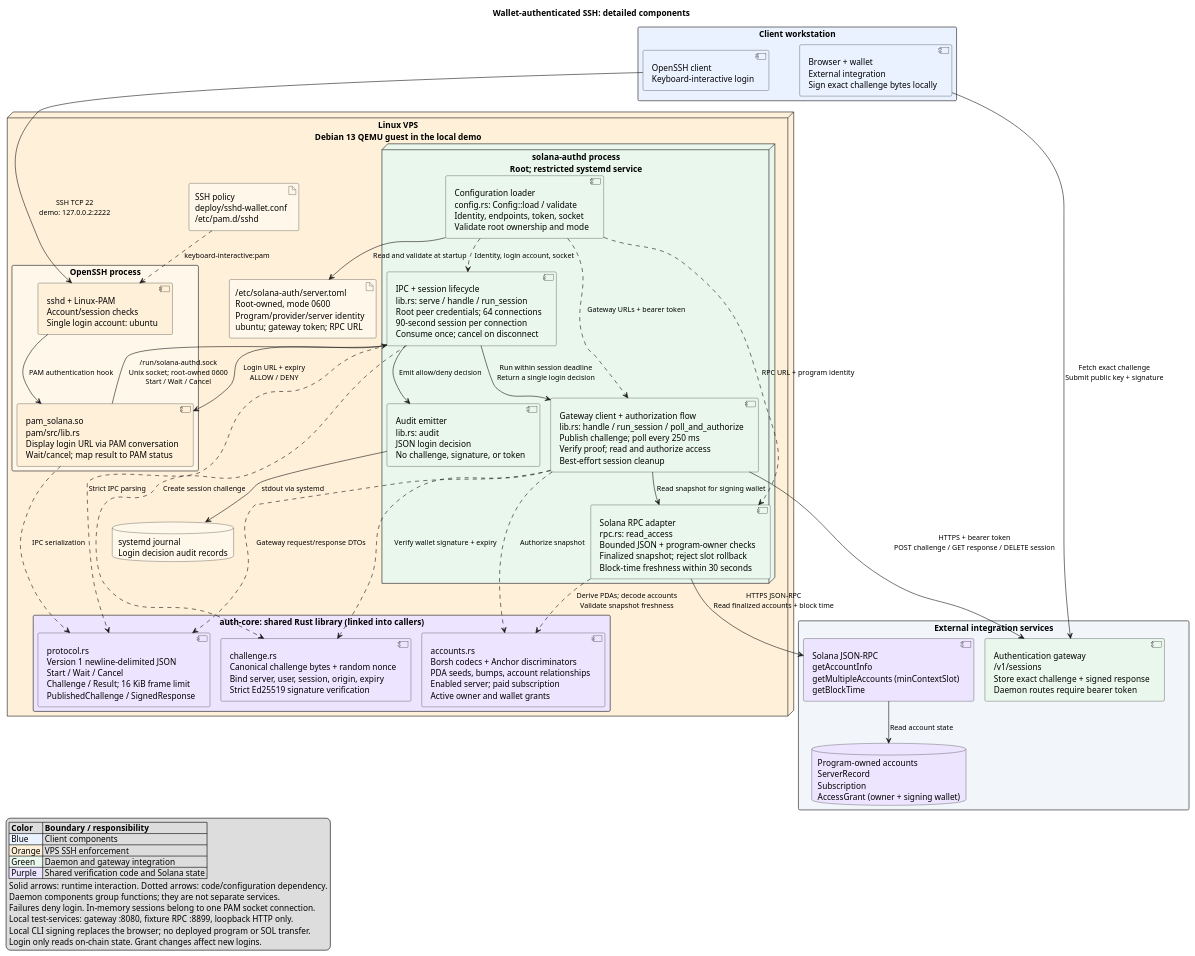
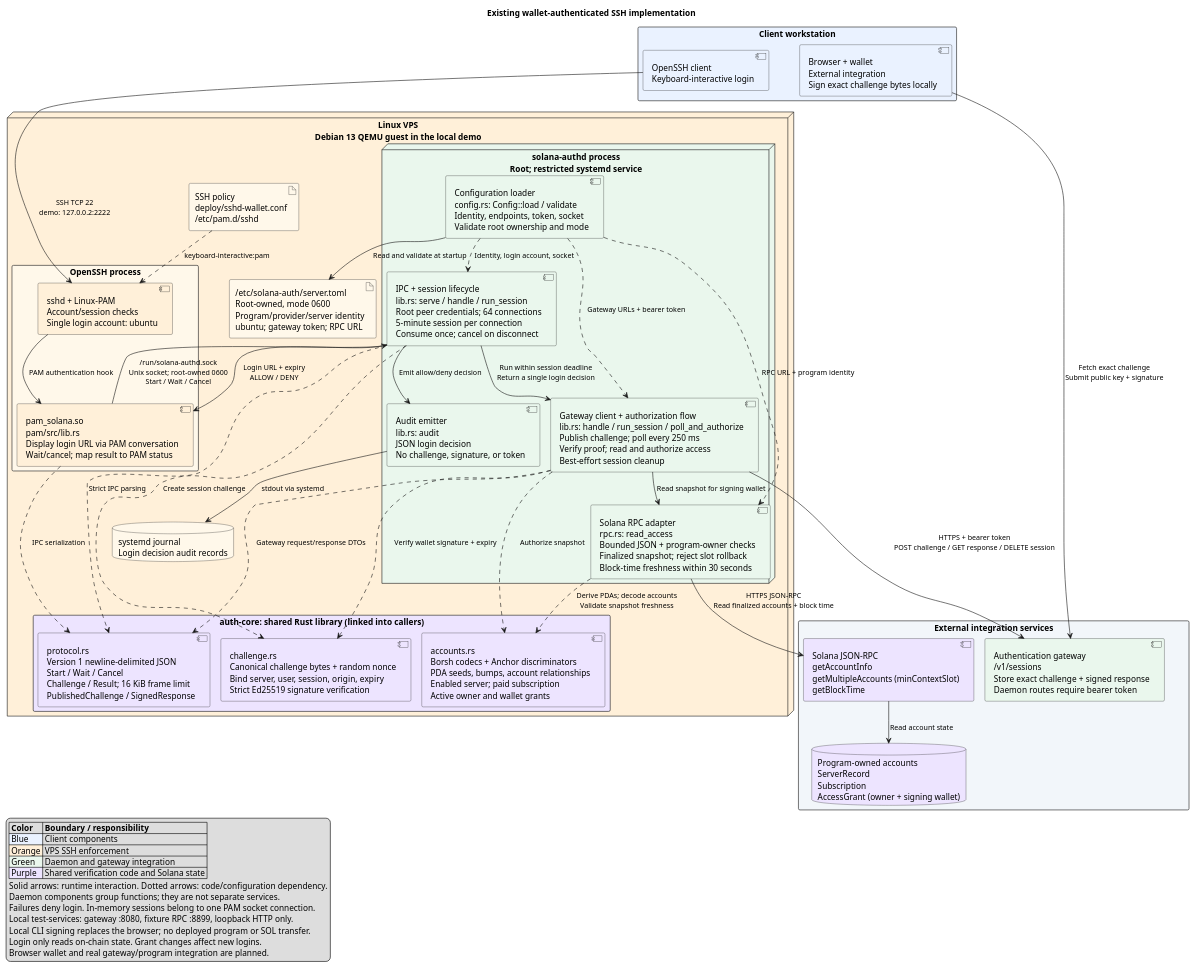
Before and after one commit to Tarat0r/solana-vps-platform: the diagram in docs/diagrams/ssh-components.puml, drawn with PlantUML. The commit also changed 20 other files, not shown here.

Commit message:
docs: describe the reduced architecture and implemented components

```diff
--- a/docs/diagrams/ssh-components.puml
+++ b/docs/diagrams/ssh-components.puml
@@ -1,92 +1,93 @@
 @startuml
 !pragma layout smetana
-title Wallet-authenticated SSH: detailed components
+title Existing wallet-authenticated SSH implementation
 top to bottom direction
 skinparam componentStyle uml2
 skinparam shadowing false
 skinparam defaultFontName SansSerif
 skinparam defaultFontSize 14
 skinparam ArrowFontSize 12
 skinparam nodesep 45
 skinparam ranksep 55
 skinparam packageStyle rectangle
 
 package "Client workstation" as Workstation #EAF2FF {
   component "OpenSSH client\nKeyboard-interactive login" as Client #EAF2FF
   component "Browser + wallet\nExternal integration\nSign exact challenge bytes locally" as Wallet #EAF2FF
 }
 
 node "Linux VPS\nDebian 13 QEMU guest in the local demo" as VPS #FFF0D9 {
   artifact "SSH policy\ndeploy/sshd-wallet.conf\n/etc/pam.d/sshd" as SSHPolicy #FFF8EA
 
   package "OpenSSH process" #FFF8EA {
     component "sshd + Linux-PAM\nAccount/session checks\nSingle login account: ubuntu" as SSHD #FFF0D9
     component "pam_solana.so\npam/src/lib.rs\nDisplay login URL via PAM conversation\nWait/cancel; map result to PAM status" as PAM #FFF0D9
   }
 
   node "solana-authd process\nRoot; restricted systemd service" as Daemon #EAF7ED {
-    component "IPC + session lifecycle\nlib.rs: serve / handle / run_session\nRoot peer credentials; 64 connections\n90-second session per connection\nConsume once; cancel on disconnect" as Sessions #EAF7ED
+    component "IPC + session lifecycle\nlib.rs: serve / handle / run_session\nRoot peer credentials; 64 connections\n5-minute session per connection\nConsume once; cancel on disconnect" as Sessions #EAF7ED
     component "Gateway client + authorization flow\nlib.rs: handle / run_session / poll_and_authorize\nPublish challenge; poll every 250 ms\nVerify proof; read and authorize access\nBest-effort session cleanup" as GatewayClient #EAF7ED
     component "Solana RPC adapter\nrpc.rs: read_access\nBounded JSON + program-owner checks\nFinalized snapshot; reject slot rollback\nBlock-time freshness within 30 seconds" as RPCAdapter #EAF7ED
     component "Configuration loader\nconfig.rs: Config::load / validate\nIdentity, endpoints, token, socket\nValidate root ownership and mode" as Config #EAF7ED
     component "Audit emitter\nlib.rs: audit\nJSON login decision\nNo challenge, signature, or token" as Audit #EAF7ED
   }
 
   package "auth-core: shared Rust library (linked into callers)" #EDE4FF {
     component "protocol.rs\nVersion 1 newline-delimited JSON\nStart / Wait / Cancel\nChallenge / Result; 16 KiB frame limit\nPublishedChallenge / SignedResponse" as Protocol #EDE4FF
     component "challenge.rs\nCanonical challenge bytes + random nonce\nBind server, user, session, origin, expiry\nStrict Ed25519 signature verification" as Challenge #EDE4FF
     component "accounts.rs\nBorsh codecs + Anchor discriminators\nPDA seeds, bumps, account relationships\nEnabled server; paid subscription\nActive owner and wallet grants" as Access #EDE4FF
   }
 
   artifact "/etc/solana-auth/server.toml\nRoot-owned, mode 0600\nProgram/provider/server identity\nubuntu; gateway token; RPC URL" as ServerConfig #FFF8EA
   database "systemd journal\nLogin decision audit records" as Journal #FFF8EA
 }
 
 package "External integration services" as External #F2F6FA {
   component "Authentication gateway\n/v1/sessions\nStore exact challenge + signed response\nDaemon routes require bearer token" as Gateway #EAF7ED
   component "Solana JSON-RPC\ngetAccountInfo\ngetMultipleAccounts (minContextSlot)\ngetBlockTime" as RPC #EDE4FF
   database "Program-owned accounts\nServerRecord\nSubscription\nAccessGrant (owner + signing wallet)" as Chain #EDE4FF
 }
 
 Workstation -[hidden]down-> VPS
 VPS -[hidden]down-> External
 
 Client --> SSHD : SSH TCP 22\ndemo: 127.0.0.2:2222
 SSHD --> PAM : PAM authentication hook
 SSHPolicy ..> SSHD : keyboard-interactive:pam
 PAM --> Sessions : /run/solana-authd.sock\nUnix socket; root-owned 0600\nStart / Wait / Cancel
 Sessions --> PAM : Login URL + expiry\nALLOW / DENY
 PAM ..> Protocol : IPC serialization
 Sessions ..> Protocol : Strict IPC parsing
 Sessions ..> Challenge : Create session challenge
 Sessions --> GatewayClient : Run within session deadline\nReturn a single login decision
 GatewayClient ..> Protocol : Gateway request/response DTOs
 GatewayClient ..> Challenge : Verify wallet signature + expiry
 GatewayClient --> RPCAdapter : Read snapshot for signing wallet
 GatewayClient ..> Access : Authorize snapshot
 RPCAdapter ..> Access : Derive PDAs; decode accounts\nValidate snapshot freshness
 Config --> ServerConfig : Read and validate at startup
 Config ..> Sessions : Identity, login account, socket
 Config ..> GatewayClient : Gateway URLs + bearer token
 Config ..> RPCAdapter : RPC URL + program identity
 Sessions --> Audit : Emit allow/deny decision
 Audit --> Journal : stdout via systemd
 GatewayClient --> Gateway : HTTPS + bearer token\nPOST challenge / GET response / DELETE session
 Wallet --> Gateway : Fetch exact challenge\nSubmit public key + signature
 RPCAdapter --> RPC : HTTPS JSON-RPC\nRead finalized accounts + block time
 RPC --> Chain : Read account state
 
 legend bottom left
   |= Color |= Boundary / responsibility |
   |<#EAF2FF> Blue | Client components |
   |<#FFF0D9> Orange | VPS SSH enforcement |
   |<#EAF7ED> Green | Daemon and gateway integration |
   |<#EDE4FF> Purple | Shared verification code and Solana state |
   Solid arrows: runtime interaction. Dotted arrows: code/configuration dependency.
   Daemon components group functions; they are not separate services.
   Failures deny login. In-memory sessions belong to one PAM socket connection.
   Local test-services: gateway :8080, fixture RPC :8899, loopback HTTP only.
   Local CLI signing replaces the browser; no deployed program or SOL transfer.
   Login only reads on-chain state. Grant changes affect new logins.
+  Browser wallet and real gateway/program integration are planned.
 endlegend
 @enduml
```
